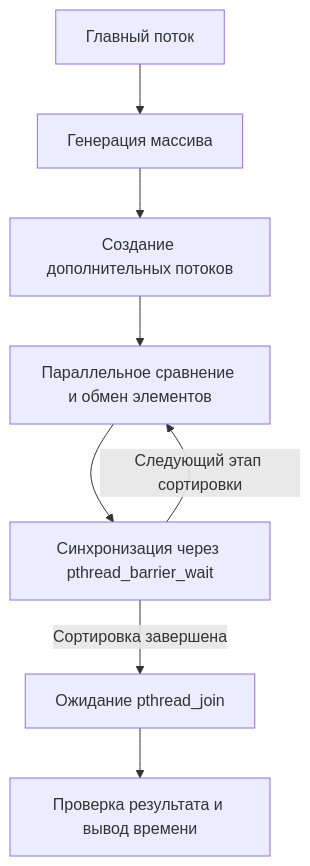
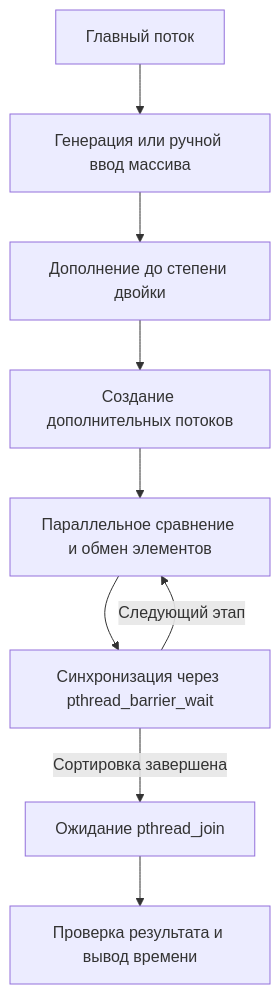
One commit to nikitapantyukhin/operating-systems-and-computer-architecture-y2-s3 changed the diagram in lab3/README.md. Above: the diagram before and after it, drawn with Mermaid. The commit also changed other lines of this file, not shown here.

````diff
--- a/lab3/README.md
+++ b/lab3/README.md
@@ -24,10 +27,11 @@
 ```mermaid
 flowchart TD
-    M[Главный поток] --> G[Генерация массива]
-    G --> C[Создание дополнительных потоков]
+    M[Главный поток] --> I[Генерация или ручной ввод массива]
+    I --> P[Дополнение до степени двойки]
+    P --> C[Создание дополнительных потоков]
     C --> W[Параллельное сравнение и обмен элементов]
     W --> B[Синхронизация через pthread_barrier_wait]
-    B -->|Следующий этап сортировки| W
+    B -->|Следующий этап| W
     B -->|Сортировка завершена| J[Ожидание pthread_join]
     J --> R[Проверка результата и вывод времени]
 ```
````
